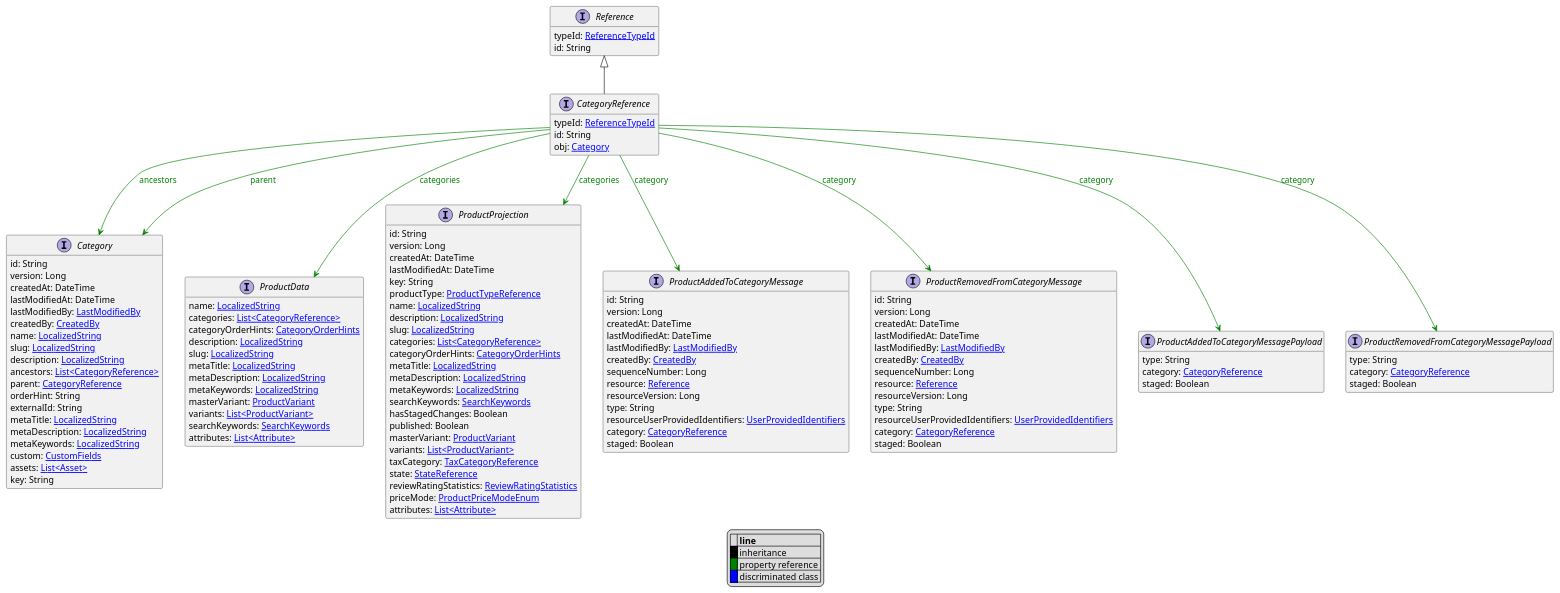
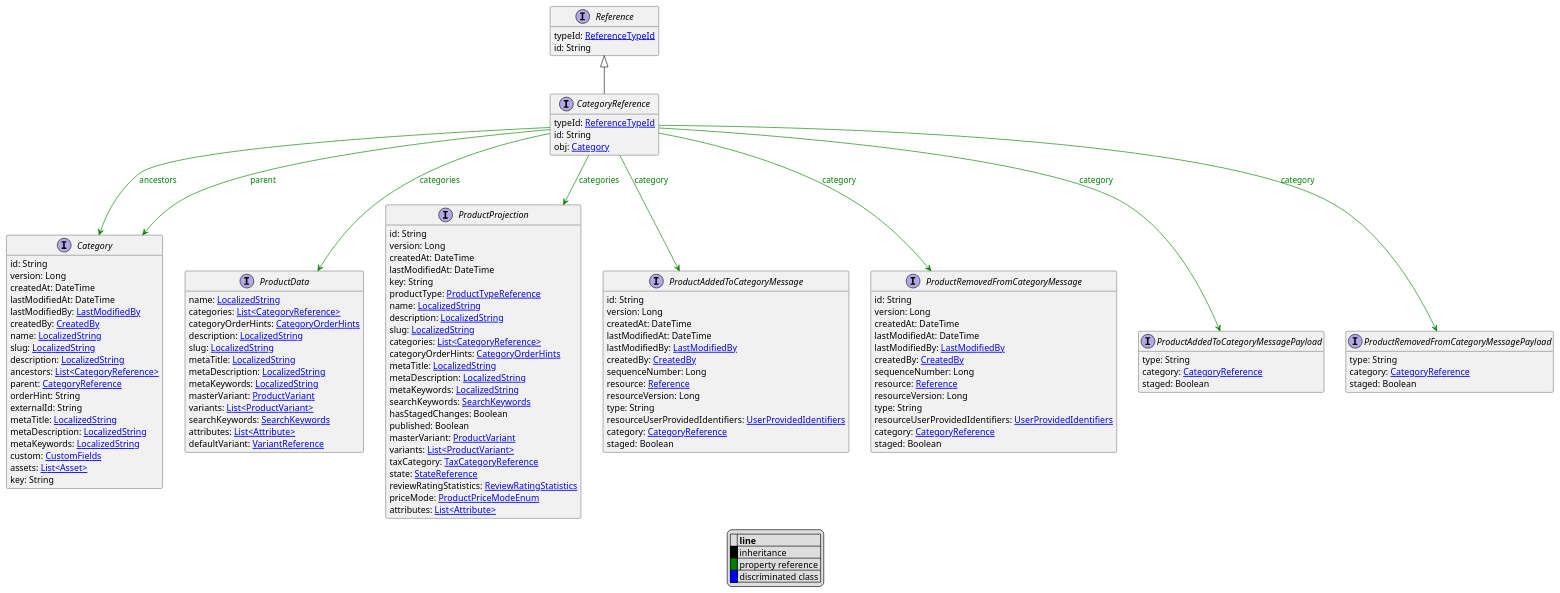
One commit to commercetools/commercetools-api-reference changed the diagram in uml/api/CategoryReference.puml. Above: the diagram before and after it, drawn with PlantUML. The commit also changed 2068 other files, not shown here.

```diff
--- a/uml/api/CategoryReference.puml
+++ b/uml/api/CategoryReference.puml
@@ -1,132 +1,133 @@
 @startuml
 
 hide empty fields
 hide empty methods
 legend
 |= |= line |
 |<back:black>   </back>| inheritance |
 |<back:green>   </back>| property reference |
 |<back:blue>   </back>| discriminated class |
 endlegend
 interface CategoryReference [[CategoryReference.svg]] extends Reference {
     typeId: [[ReferenceTypeId.svg ReferenceTypeId]]
     id: String
     obj: [[Category.svg Category]]
 }
 interface Reference [[Reference.svg]]  {
     typeId: [[ReferenceTypeId.svg ReferenceTypeId]]
     id: String
 }
 
 
 interface Category [[Category.svg]]  {
     id: String
     version: Long
     createdAt: DateTime
     lastModifiedAt: DateTime
     lastModifiedBy: [[LastModifiedBy.svg LastModifiedBy]]
     createdBy: [[CreatedBy.svg CreatedBy]]
     name: [[LocalizedString.svg LocalizedString]]
     slug: [[LocalizedString.svg LocalizedString]]
     description: [[LocalizedString.svg LocalizedString]]
     ancestors: [[CategoryReference.svg List<CategoryReference>]]
     parent: [[CategoryReference.svg CategoryReference]]
     orderHint: String
     externalId: String
     metaTitle: [[LocalizedString.svg LocalizedString]]
     metaDescription: [[LocalizedString.svg LocalizedString]]
     metaKeywords: [[LocalizedString.svg LocalizedString]]
     custom: [[CustomFields.svg CustomFields]]
     assets: [[Asset.svg List<Asset>]]
     key: String
 }
 interface ProductData [[ProductData.svg]]  {
     name: [[LocalizedString.svg LocalizedString]]
     categories: [[CategoryReference.svg List<CategoryReference>]]
     categoryOrderHints: [[CategoryOrderHints.svg CategoryOrderHints]]
     description: [[LocalizedString.svg LocalizedString]]
     slug: [[LocalizedString.svg LocalizedString]]
     metaTitle: [[LocalizedString.svg LocalizedString]]
     metaDescription: [[LocalizedString.svg LocalizedString]]
     metaKeywords: [[LocalizedString.svg LocalizedString]]
     masterVariant: [[ProductVariant.svg ProductVariant]]
     variants: [[ProductVariant.svg List<ProductVariant>]]
     searchKeywords: [[SearchKeywords.svg SearchKeywords]]
     attributes: [[Attribute.svg List<Attribute>]]
+    defaultVariant: [[VariantReference.svg VariantReference]]
 }
 interface ProductProjection [[ProductProjection.svg]]  {
     id: String
     version: Long
     createdAt: DateTime
     lastModifiedAt: DateTime
     key: String
     productType: [[ProductTypeReference.svg ProductTypeReference]]
     name: [[LocalizedString.svg LocalizedString]]
     description: [[LocalizedString.svg LocalizedString]]
     slug: [[LocalizedString.svg LocalizedString]]
     categories: [[CategoryReference.svg List<CategoryReference>]]
     categoryOrderHints: [[CategoryOrderHints.svg CategoryOrderHints]]
     metaTitle: [[LocalizedString.svg LocalizedString]]
     metaDescription: [[LocalizedString.svg LocalizedString]]
     metaKeywords: [[LocalizedString.svg LocalizedString]]
     searchKeywords: [[SearchKeywords.svg SearchKeywords]]
     hasStagedChanges: Boolean
     published: Boolean
     masterVariant: [[ProductVariant.svg ProductVariant]]
     variants: [[ProductVariant.svg List<ProductVariant>]]
     taxCategory: [[TaxCategoryReference.svg TaxCategoryReference]]
     state: [[StateReference.svg StateReference]]
     reviewRatingStatistics: [[ReviewRatingStatistics.svg ReviewRatingStatistics]]
     priceMode: [[ProductPriceModeEnum.svg ProductPriceModeEnum]]
     attributes: [[Attribute.svg List<Attribute>]]
 }
 interface ProductAddedToCategoryMessage [[ProductAddedToCategoryMessage.svg]]  {
     id: String
     version: Long
     createdAt: DateTime
     lastModifiedAt: DateTime
     lastModifiedBy: [[LastModifiedBy.svg LastModifiedBy]]
     createdBy: [[CreatedBy.svg CreatedBy]]
     sequenceNumber: Long
     resource: [[Reference.svg Reference]]
     resourceVersion: Long
     type: String
     resourceUserProvidedIdentifiers: [[UserProvidedIdentifiers.svg UserProvidedIdentifiers]]
     category: [[CategoryReference.svg CategoryReference]]
     staged: Boolean
 }
 interface ProductRemovedFromCategoryMessage [[ProductRemovedFromCategoryMessage.svg]]  {
     id: String
     version: Long
     createdAt: DateTime
     lastModifiedAt: DateTime
     lastModifiedBy: [[LastModifiedBy.svg LastModifiedBy]]
     createdBy: [[CreatedBy.svg CreatedBy]]
     sequenceNumber: Long
     resource: [[Reference.svg Reference]]
     resourceVersion: Long
     type: String
     resourceUserProvidedIdentifiers: [[UserProvidedIdentifiers.svg UserProvidedIdentifiers]]
     category: [[CategoryReference.svg CategoryReference]]
     staged: Boolean
 }
 interface ProductAddedToCategoryMessagePayload [[ProductAddedToCategoryMessagePayload.svg]]  {
     type: String
     category: [[CategoryReference.svg CategoryReference]]
     staged: Boolean
 }
 interface ProductRemovedFromCategoryMessagePayload [[ProductRemovedFromCategoryMessagePayload.svg]]  {
     type: String
     category: [[CategoryReference.svg CategoryReference]]
     staged: Boolean
 }
 
 CategoryReference --> Category #green;text:green : "ancestors"
 CategoryReference --> ProductData #green;text:green : "categories"
 CategoryReference --> ProductProjection #green;text:green : "categories"
 CategoryReference --> Category #green;text:green : "parent"
 CategoryReference --> ProductAddedToCategoryMessage #green;text:green : "category"
 CategoryReference --> ProductRemovedFromCategoryMessage #green;text:green : "category"
 CategoryReference --> ProductAddedToCategoryMessagePayload #green;text:green : "category"
 CategoryReference --> ProductRemovedFromCategoryMessagePayload #green;text:green : "category"
 @enduml
```
